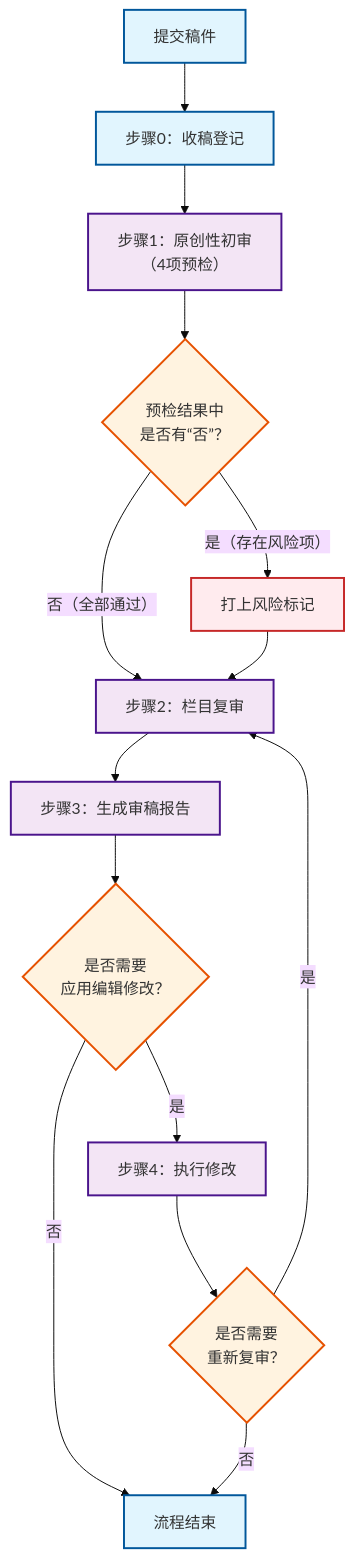
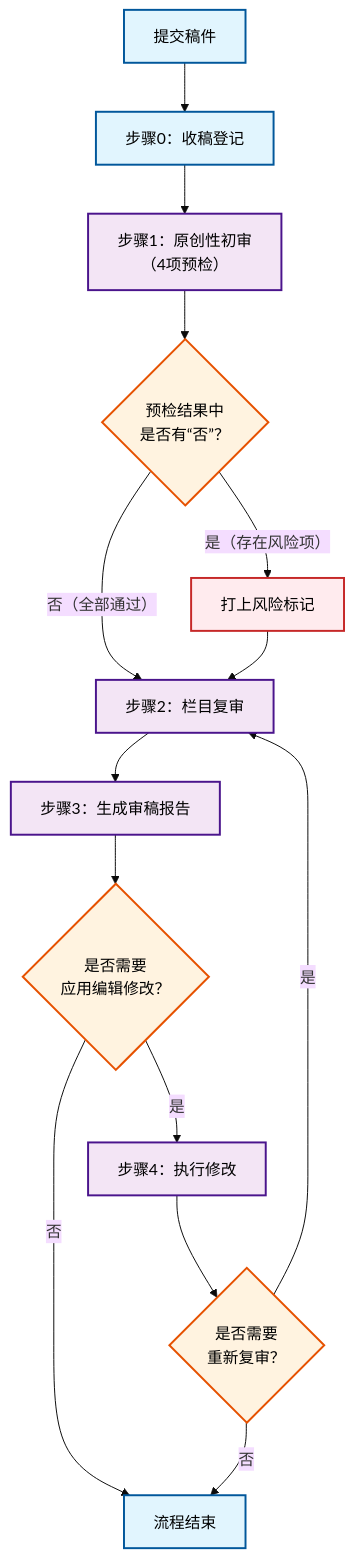
Before and after one commit to xiaojjo/sci-writestructure: the diagram in README.md, drawn with Mermaid (base theme).

````diff
--- a/README.md
+++ b/README.md
@@ -26,33 +26,33 @@
 ```mermaid
 flowchart TB
-    %% 定义样式
-    classDef startEnd fill:#e1f5fe,stroke:#01579b,stroke-width:2px;
-    classDef process fill:#f3e5f5,stroke:#4a148c,stroke-width:2px;
-    classDef decision fill:#fff3e0,stroke:#e65100,stroke-width:2px;
-    classDef risk fill:#ffebee,stroke:#c62828,stroke-width:2px;
+    %% 定义样式（强制黑色文字）
+    classDef startEnd fill:#e1f5fe,stroke:#01579b,stroke-width:2px,color:#000000;
+    classDef process fill:#f3e5f5,stroke:#4a148c,stroke-width:2px,color:#000000;
+    classDef decision fill:#fff3e0,stroke:#e65100,stroke-width:2px,color:#000000;
+    classDef risk fill:#ffebee,stroke:#c62828,stroke-width:2px,color:#000000;
 
     A[提交稿件] --> B[步骤0：收稿登记]
     B --> C[步骤1：原创性初审<br>（4项预检）]
     C --> D{预检结果中<br>是否有“否”？}
     
     D -->|是（存在风险项）| E[打上风险标记]
     D -->|否（全部通过）| F[步骤2：栏目复审]
     E --> F
     
     F --> G[步骤3：生成审稿报告]
     G --> H{是否需要<br>应用编辑修改？}
     
     H -->|是| I[步骤4：执行修改]
     H -->|否| J[流程结束]
     
     I --> K{是否需要<br>重新复审？}
     K -->|是| F
     K -->|否| J
 
     %% 应用样式
     class A,B startEnd;
     class C,F,G,I process;
     class D,H,K decision;
     class E risk;
     class J startEnd;
 ```
````
